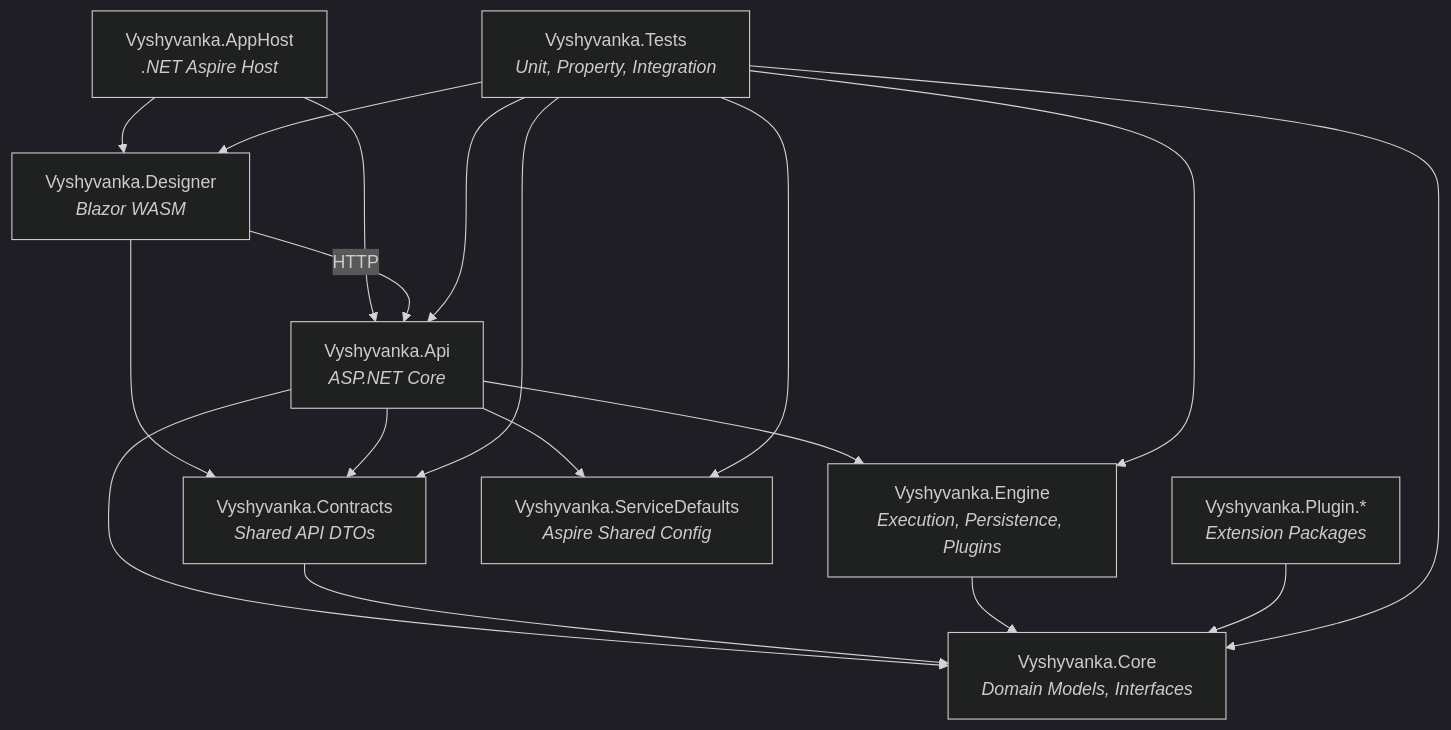
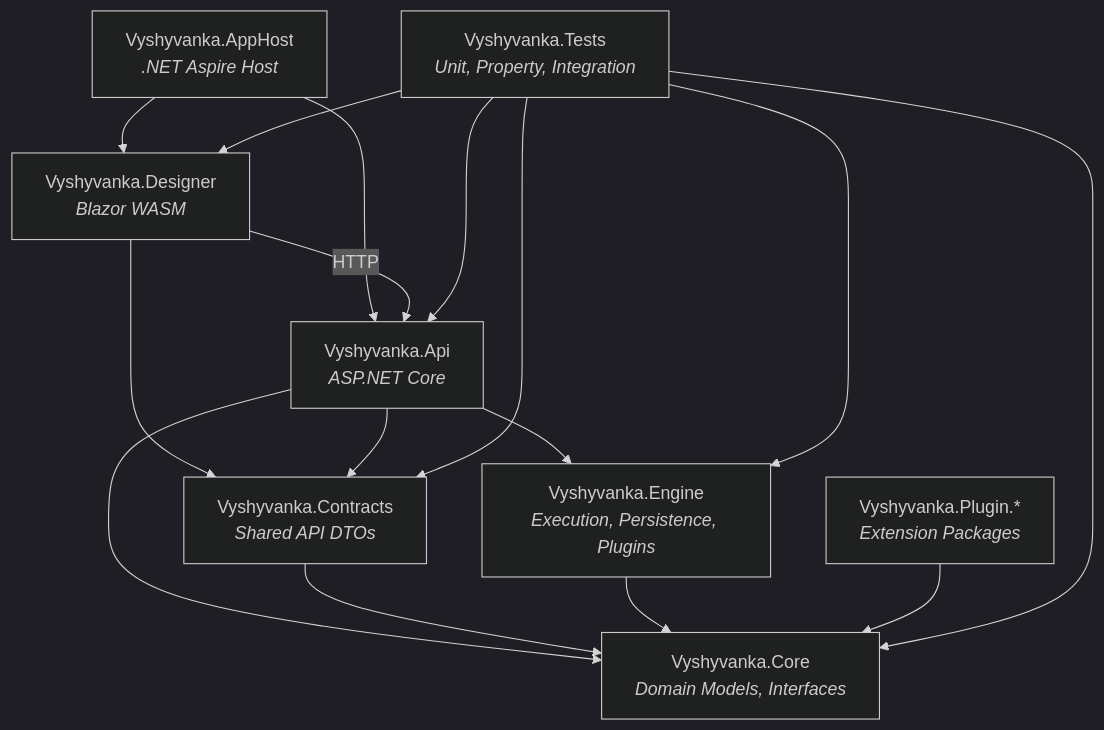
Before and after one commit to homolibere/Vyshyvanka: the first of 3 diagrams in docs/02-architecture.md, drawn with Mermaid (dark theme). The commit also changed other lines of this file and 8 other files, not shown here.

First line of the commit message:
refactor: merge ServiceDefaults into the API project

````diff
--- a/docs/02-architecture.md
+++ b/docs/02-architecture.md
@@ -21,30 +21,27 @@
 ```mermaid
 graph TD
     AppHost["Vyshyvanka.AppHost<br/><i>.NET Aspire Host</i>"]
     Designer["Vyshyvanka.Designer<br/><i>Blazor WASM</i>"]
     Api["Vyshyvanka.Api<br/><i>ASP.NET Core</i>"]
     Engine["Vyshyvanka.Engine<br/><i>Execution, Persistence, Plugins</i>"]
     Contracts["Vyshyvanka.Contracts<br/><i>Shared API DTOs</i>"]
     Core["Vyshyvanka.Core<br/><i>Domain Models, Interfaces</i>"]
-    ServiceDefaults["Vyshyvanka.ServiceDefaults<br/><i>Aspire Shared Config</i>"]
     Plugin["Vyshyvanka.Plugin.*<br/><i>Extension Packages</i>"]
     Tests["Vyshyvanka.Tests<br/><i>Unit, Property, Integration</i>"]
 
     AppHost --> Api
     AppHost --> Designer
     Designer --> Contracts
     Designer -->|HTTP| Api
     Api --> Contracts
     Api --> Engine
     Api --> Core
-    Api --> ServiceDefaults
     Contracts --> Core
     Engine --> Core
     Plugin --> Core
     Tests --> Api
     Tests --> Engine
     Tests --> Core
     Tests --> Designer
     Tests --> Contracts
-    Tests --> ServiceDefaults
 ```
````
